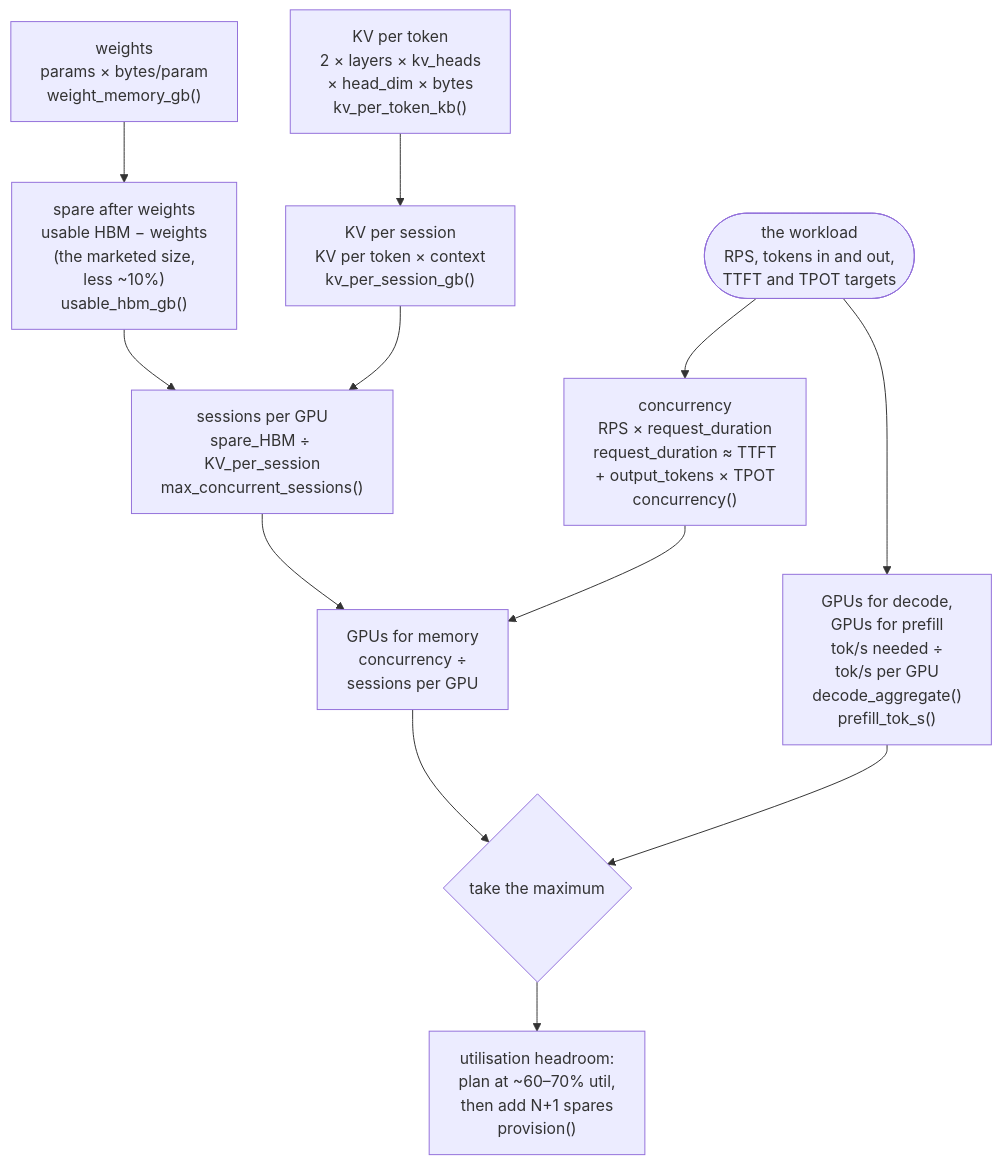
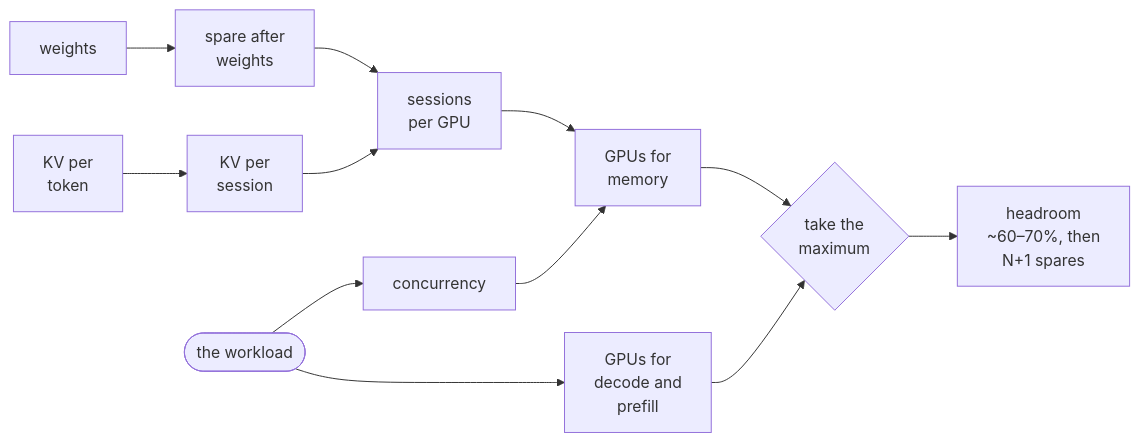
One commit to aniryou/full-stack-agentic-engineer changed the diagram in 00-foundations/gpu-capacity-planning/PRIMER.md. Above: the diagram before and after it, drawn with Mermaid. The commit also changed other lines of this file and 633 other files, not shown here.

First line of the commit message:
Accessible language and one-screen figures, part 1: every figure fits a screen, the STE second pass over the layers (#53)

````diff
--- a/00-foundations/gpu-capacity-planning/PRIMER.md
+++ b/00-foundations/gpu-capacity-planning/PRIMER.md
@@ -112,25 +112,25 @@
 ```mermaid
-flowchart TB
-  P["weights<br/>params × bytes/param<br/>weight_memory_gb()"]
-  K["KV per token<br/>2 × layers × kv_heads<br/>× head_dim × bytes<br/>kv_per_token_kb()"]
-  W(["the workload<br/>RPS, tokens in and out,<br/>TTFT and TPOT targets"])
-  S["spare after weights<br/>usable HBM − weights<br/>(the marketed size,<br/>less ~10%)<br/>usable_hbm_gb()"]
-  C["KV per session<br/>KV per token × context<br/>kv_per_session_gb()"]
-  L["concurrency<br/>RPS × request_duration<br/>request_duration ≈ TTFT<br/>+ output_tokens × TPOT<br/>concurrency()"]
-  N["sessions per GPU<br/>spare_HBM ÷ KV_per_session<br/>max_concurrent_sessions()"]
-  T["GPUs for decode,<br/>GPUs for prefill<br/>tok/s needed ÷<br/>tok/s per GPU<br/>decode_aggregate()<br/>prefill_tok_s()"]
-  M["GPUs for memory<br/>concurrency ÷<br/>sessions per GPU"]
-  X{"take the maximum"}
-  R["utilisation headroom:<br/>plan at ~60–70% util,<br/>then add N+1 spares<br/>provision()"]
+flowchart LR
+  P["weights"]
+  K["KV per<br/>token"]
+  W(["the workload"])
+  S["spare after<br/>weights"]
+  C["KV per<br/>session"]
+  L["concurrency"]
+  N["sessions<br/>per GPU"]
+  T["GPUs for<br/>decode and<br/>prefill"]
+  M["GPUs for<br/>memory"]
+  X{"take the<br/>maximum"}
+  R["headroom<br/>~60–70%, then<br/>N+1 spares"]
   P --> S
   K --> C
   S --> N
   C --> N
   W --> L
   W --> T
   N --> M
   L --> M
   M --> X
   T --> X
   X --> R
 ```
````
